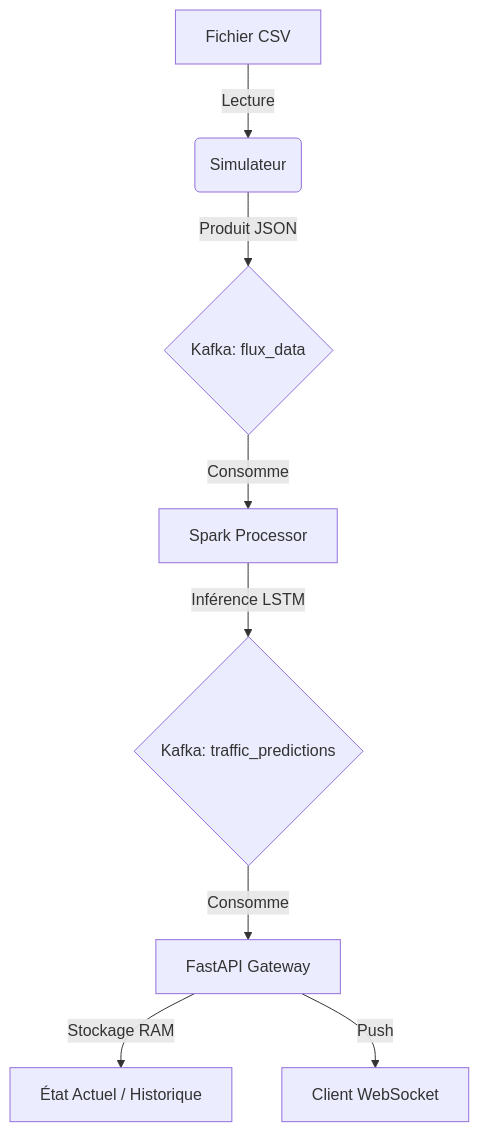
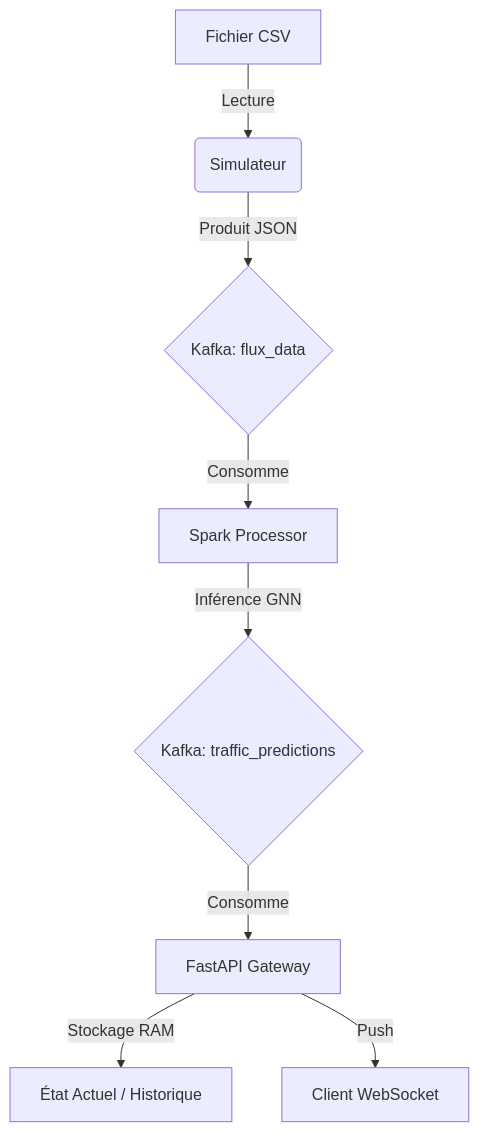
The diagram in docs/BACKEND.md (joel710/road-traffic-pred), drawn with Mermaid before and after one commit. The commit also changed other lines of this file and 3 other files, not shown here.

````diff
--- a/docs/BACKEND.md
+++ b/docs/BACKEND.md
@@ -41,10 +42,10 @@
 ```mermaid
 graph TD
     A[Fichier CSV] -->|Lecture| B(Simulateur)
     B -->|Produit JSON| C{Kafka: flux_data}
     C -->|Consomme| D[Spark Processor]
-    D -->|Inférence LSTM| E{Kafka: traffic_predictions}
+    D -->|Inférence GNN| E{Kafka: traffic_predictions}
     E -->|Consomme| F[FastAPI Gateway]
     F -->|Stockage RAM| G[État Actuel / Historique]
     F -->|Push| H[Client WebSocket]
 ```
````
